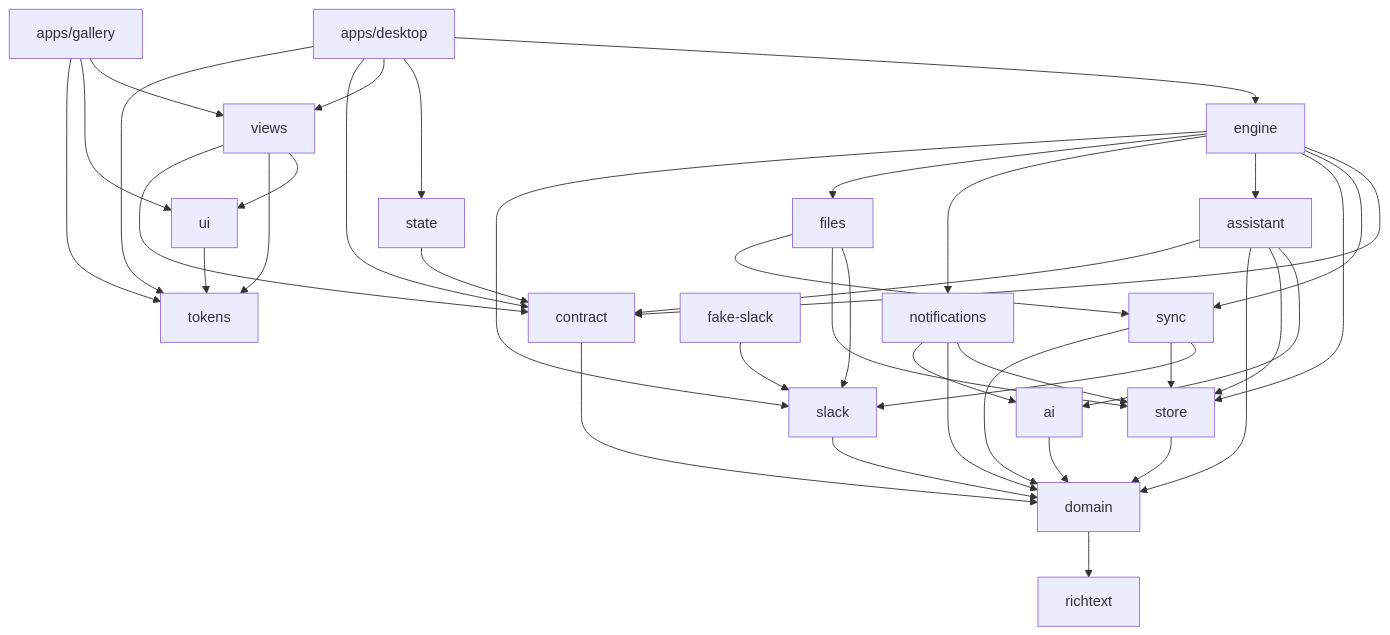
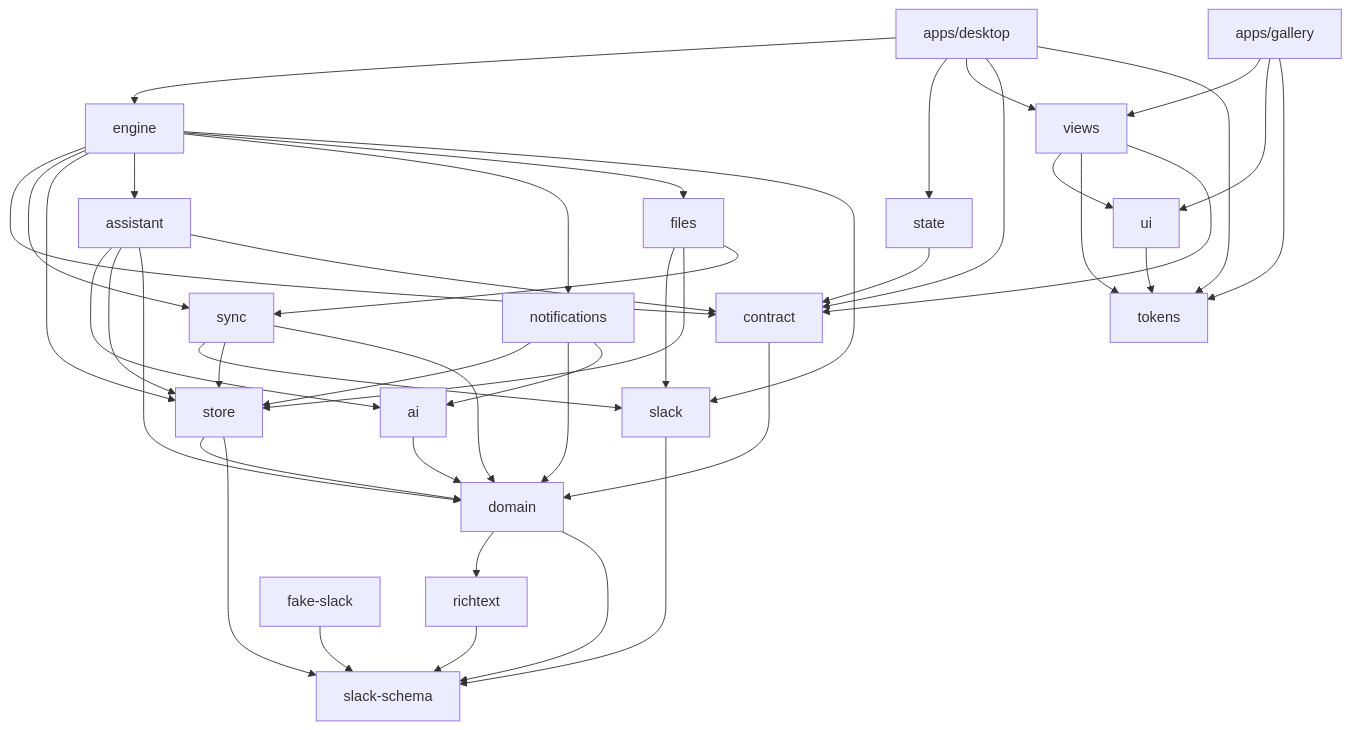
One commit to triptu/juno changed the second of 2 diagrams in docs/architecture.md. Above: the diagram before and after it, drawn with Mermaid. The commit also changed other lines of this file, not shown here.

Commit message:
Add slack-schema to the package graph

````diff
--- a/docs/architecture.md
+++ b/docs/architecture.md
@@ -106,21 +106,22 @@
 ```mermaid
 flowchart TD
-  richtext
-  domain --> richtext
+  slack_schema[slack-schema]
+  richtext --> slack_schema
+  domain --> richtext & slack_schema
   contract --> domain
-  slack --> domain
-  store --> domain
+  slack --> slack_schema
+  store --> domain & slack_schema
   sync --> slack & store & domain
   ai --> domain
   assistant --> ai & store & domain & contract
   notifications --> store & domain & ai
   files --> slack & store & sync
   engine --> contract & sync & store & assistant & notifications & files & slack
-  fake_slack[fake-slack] --> slack
+  fake_slack[fake-slack] --> slack_schema
   tokens
   ui --> tokens
   views --> ui & tokens & contract
   state --> contract
   desktop[apps/desktop] --> engine & state & views & contract & tokens
   gallery[apps/gallery] --> views & ui & tokens
 ```
````
